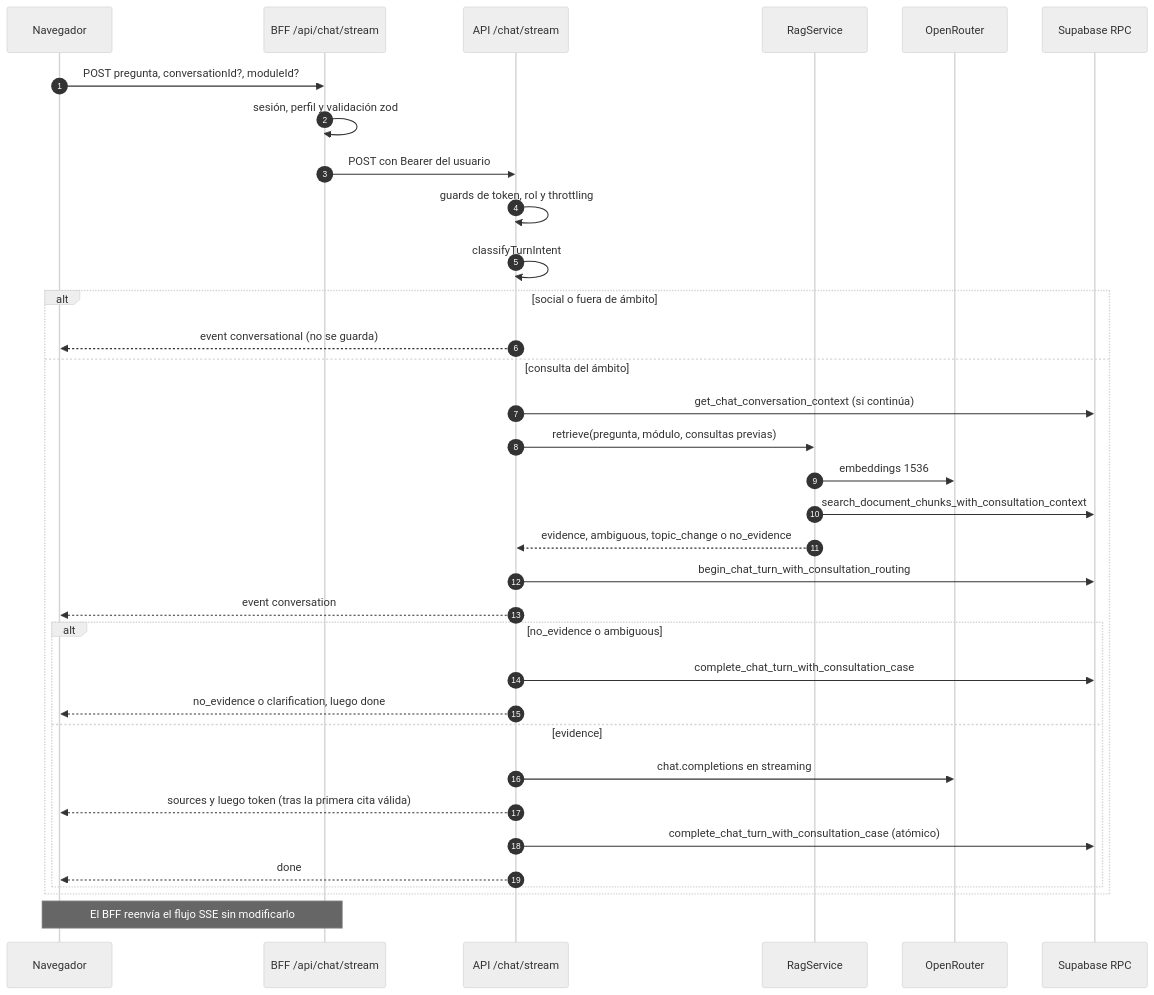
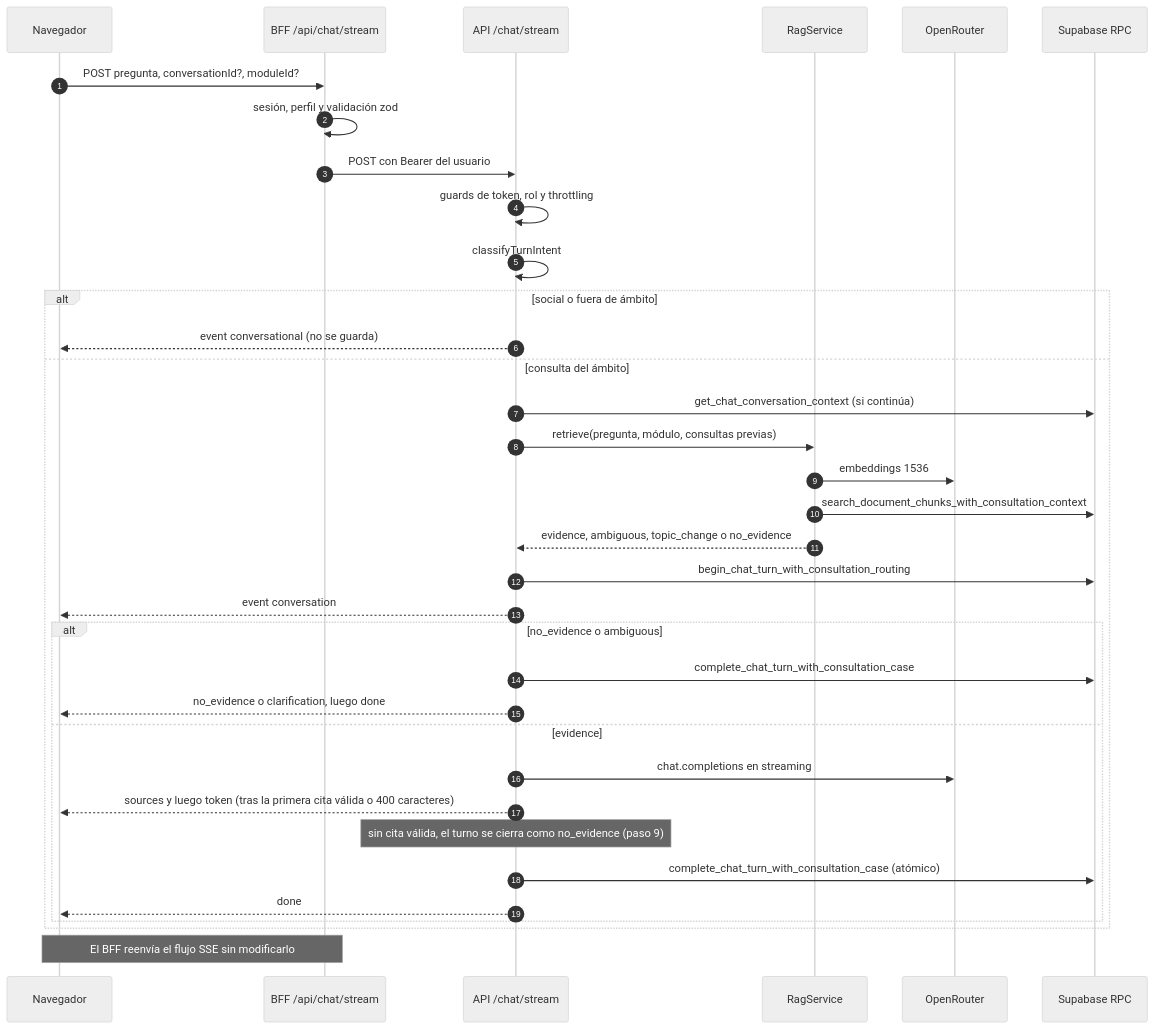
Before and after one commit to L3x-00/AvendAsesor: the third of 3 diagrams in docs/architecture/arquitectura.md, drawn with Mermaid (neutral theme). The commit also changed other lines of this file and 4 other files, not shown here.

````diff
--- a/docs/architecture/arquitectura.md
+++ b/docs/architecture/arquitectura.md
@@ -476,36 +493,37 @@
 ```mermaid
 sequenceDiagram
   autonumber
   participant N as Navegador
   participant B as BFF /api/chat/stream
   participant A as API /chat/stream
   participant R as RagService
   participant P as OpenRouter
   participant D as Supabase RPC
   N->>B: POST pregunta, conversationId?, moduleId?
   B->>B: sesión, perfil y validación zod
   B->>A: POST con Bearer del usuario
   A->>A: guards de token, rol y throttling
   A->>A: classifyTurnIntent
   alt social o fuera de ámbito
     A-->>N: event conversational (no se guarda)
   else consulta del ámbito
     A->>D: get_chat_conversation_context (si continúa)
     A->>R: retrieve(pregunta, módulo, consultas previas)
     R->>P: embeddings 1536
     R->>D: search_document_chunks_with_consultation_context
     R-->>A: evidence, ambiguous, topic_change o no_evidence
     A->>D: begin_chat_turn_with_consultation_routing
     A-->>N: event conversation
     alt no_evidence o ambiguous
       A->>D: complete_chat_turn_with_consultation_case
       A-->>N: no_evidence o clarification, luego done
     else evidence
       A->>P: chat.completions en streaming
-      A-->>N: sources y luego token (tras la primera cita válida)
+      A-->>N: sources y luego token (tras la primera cita válida o 400 caracteres)
+      Note over A: sin cita válida, el turno se cierra como no_evidence (paso 9)
       A->>D: complete_chat_turn_with_consultation_case (atómico)
       A-->>N: done
     end
   end
   Note over B,N: El BFF reenvía el flujo SSE sin modificarlo
 ```
````
